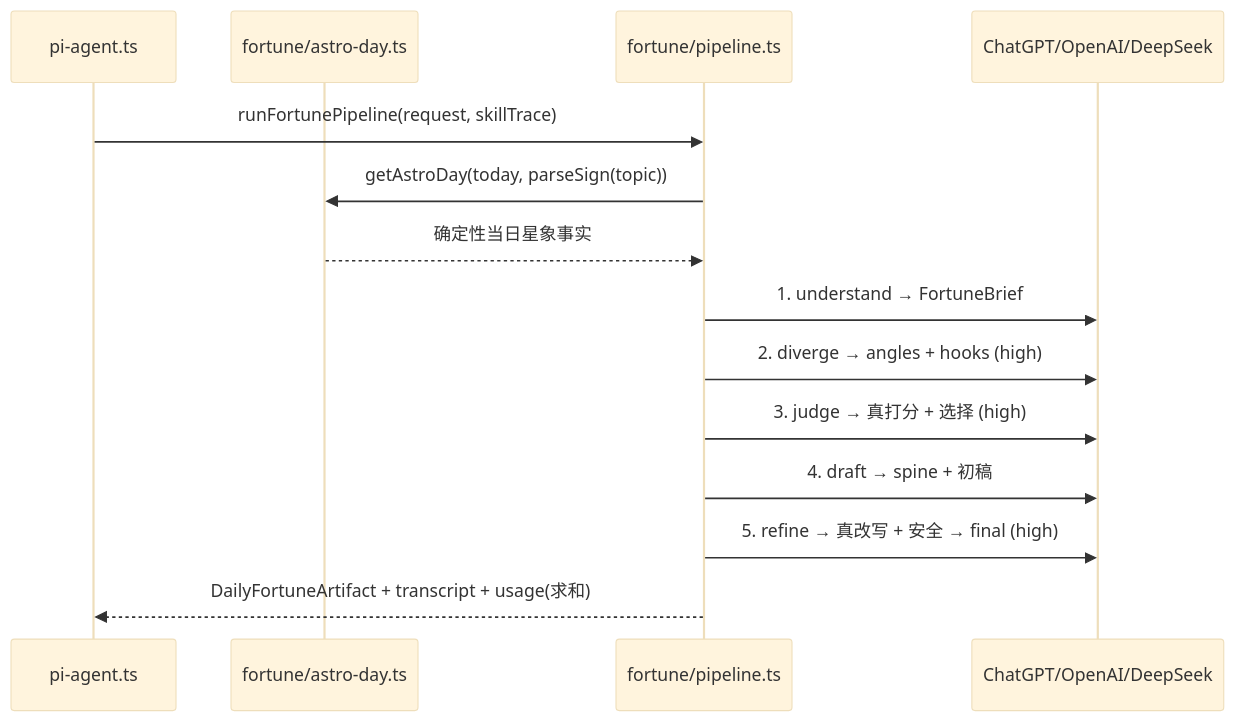
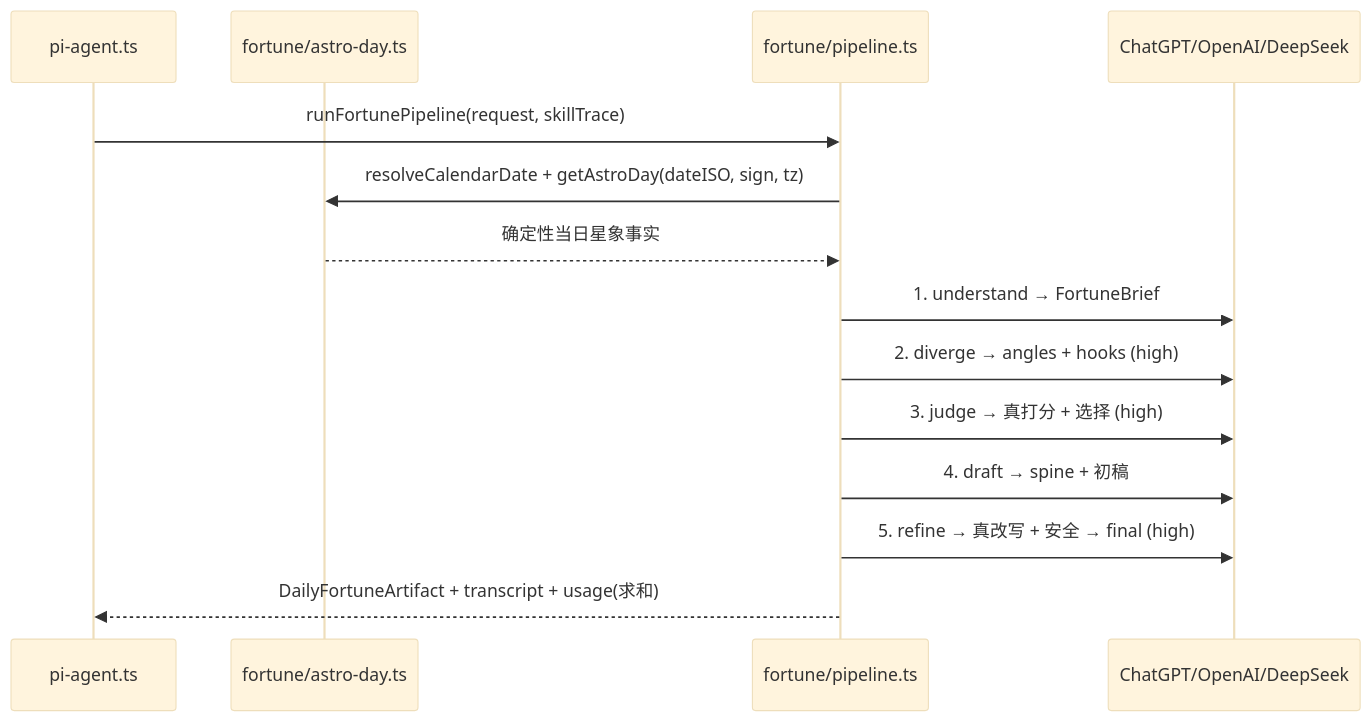
Before and after one commit to story2u/x-agent: the second of 2 diagrams in docs/数据流程.md, drawn with Mermaid (base theme). The commit also changed other lines of this file and 14 other files, not shown here.

````diff
--- a/docs/数据流程.md
+++ b/docs/数据流程.md
@@ -26,17 +26,17 @@
 ```mermaid
 sequenceDiagram
   participant Agent as pi-agent.ts
   participant Astro as fortune/astro-day.ts
   participant Pipe as fortune/pipeline.ts
   participant Model as ChatGPT/OpenAI/DeepSeek
 
   Agent->>Pipe: runFortunePipeline(request, skillTrace)
-  Pipe->>Astro: getAstroDay(today, parseSign(topic))
+  Pipe->>Astro: resolveCalendarDate + getAstroDay(dateISO, sign, tz)
   Astro-->>Pipe: 确定性当日星象事实
   Pipe->>Model: 1. understand → FortuneBrief
   Pipe->>Model: 2. diverge → angles + hooks (high)
   Pipe->>Model: 3. judge → 真打分 + 选择 (high)
   Pipe->>Model: 4. draft → spine + 初稿
   Pipe->>Model: 5. refine → 真改写 + 安全 → final (high)
   Pipe-->>Agent: DailyFortuneArtifact + transcript + usage(求和)
 ```
````
